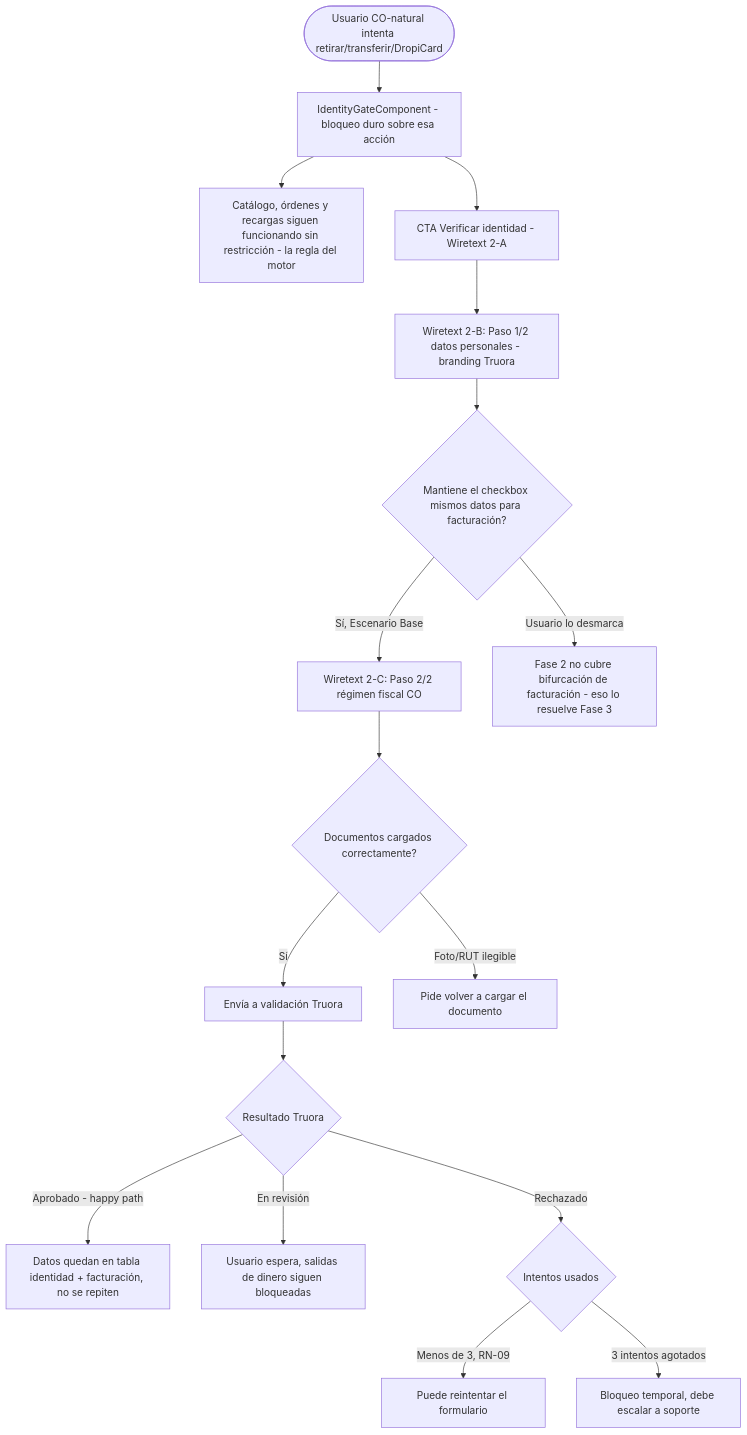
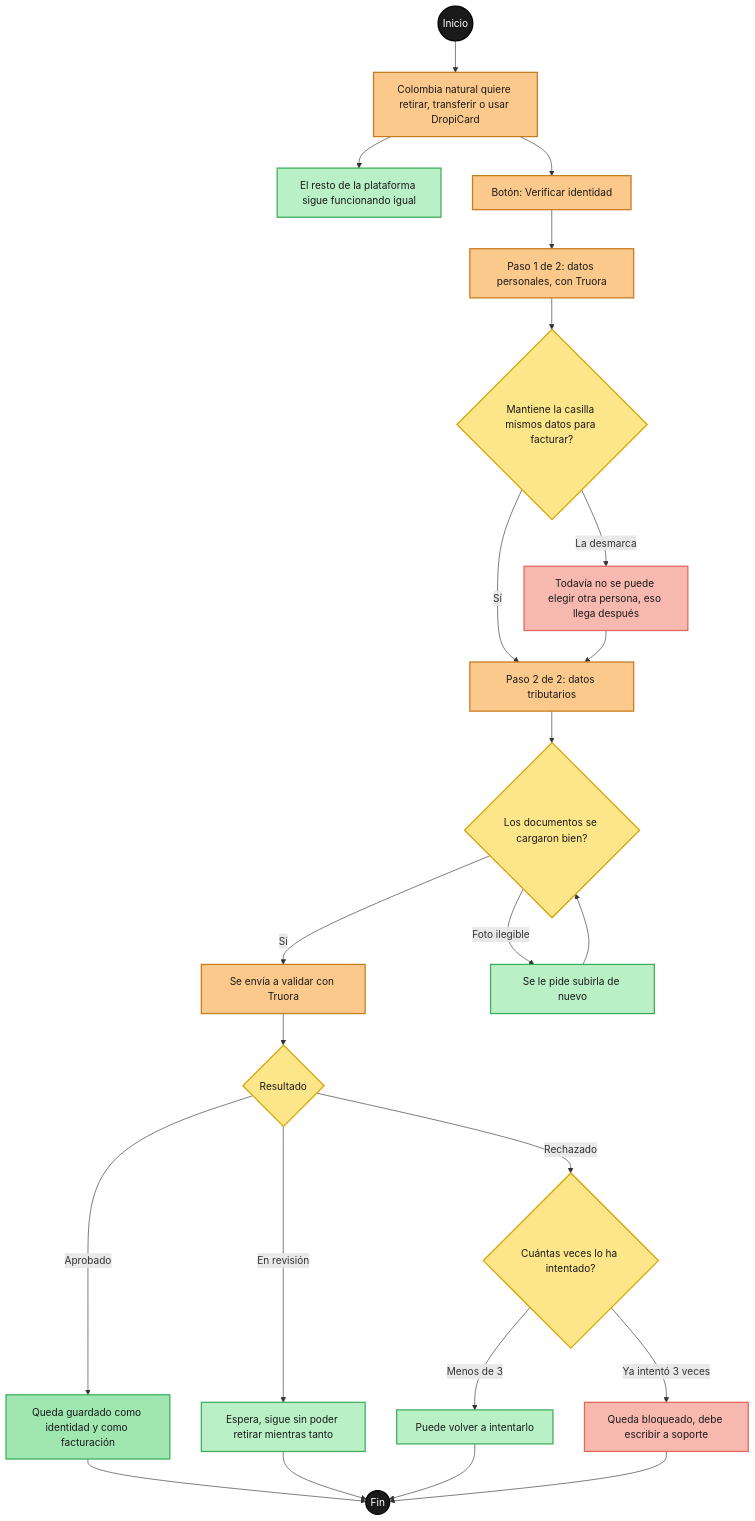
One commit to catalinagiraldo-gif/validacion-identidad changed the fifth of 8 diagrams in docs/validacion/Plan2.md. Above: the diagram before and after it, drawn with Mermaid. The commit also changed other lines of this file, not shown here.

Commit message:
code mermaid

````diff
--- a/docs/validacion/Plan2.md
+++ b/docs/validacion/Plan2.md
@@ -406,19 +467,39 @@
 ```mermaid
 flowchart TD
-    START([Usuario CO-natural intenta retirar/transferir/DropiCard]) --> GATE[IdentityGateComponent - bloqueo duro sobre esa acción]
-    GATE --> REST[Catálogo, órdenes y recargas siguen funcionando sin restricción - la regla del motor]
-    GATE --> CTA[CTA Verificar identidad - Wiretext 2-A]
-    CTA --> FORM1[Wiretext 2-B: Paso 1/2 datos personales - branding Truora]
-    FORM1 --> CHECKBOX{Mantiene el checkbox mismos datos para facturación?}
-    CHECKBOX -->|Sí, Escenario Base| FORM2[Wiretext 2-C: Paso 2/2 régimen fiscal CO]
-    CHECKBOX -->|Usuario lo desmarca| NOTE[Fase 2 no cubre bifurcación de facturación - eso lo resuelve Fase 3]
-    FORM2 --> DOCS{Documentos cargados correctamente?}
-    DOCS -->|Sí| SUBMIT[Envía a validación Truora]
-    DOCS -->|Foto/RUT ilegible| RETRYDOC[Pide volver a cargar el documento]
-    SUBMIT --> RESULT{Resultado Truora}
-    RESULT -->|Aprobado - happy path| SAVE[Datos quedan en tabla identidad + facturación, no se repiten]
-    RESULT -->|En revisión| REVIEW[Usuario espera, salidas de dinero siguen bloqueadas]
-    RESULT -->|Rechazado| REJECT{Intentos usados}
-    REJECT -->|Menos de 3, RN-09| RETRYFORM[Puede reintentar el formulario]
-    REJECT -->|3 intentos agotados| LOCKOUT[Bloqueo temporal, debe escalar a soporte]
+    classDef inicioFin fill:#1a1a1a,stroke:#000000,color:#ffffff,stroke-width:2px
+    classDef pantalla fill:#b9f0c6,stroke:#3fae5c,color:#1a1a1a,stroke-width:2px
+    classDef pantallaNueva fill:#fbc98b,stroke:#c77b1e,color:#1a1a1a,stroke-width:2px
+    classDef decision fill:#fde58a,stroke:#d9a400,color:#1a1a1a,stroke-width:2px
+    classDef si fill:#9fe6b0,stroke:#3fae5c,color:#1a1a1a,stroke-width:2px
+    classDef no fill:#f7b8b0,stroke:#e0685a,color:#1a1a1a,stroke-width:2px
+
+    START((Inicio)) --> GATE[Colombia natural quiere retirar, transferir o usar DropiCard]
+    GATE --> REST[El resto de la plataforma sigue funcionando igual]
+    GATE --> CTA[Botón: Verificar identidad]
+    CTA --> FORM1[Paso 1 de 2: datos personales, con Truora]
+    FORM1 --> CHECKBOX{Mantiene la casilla mismos datos para facturar?}
+    CHECKBOX -->|Sí| FORM2[Paso 2 de 2: datos tributarios]
+    CHECKBOX -->|La desmarca| NOTE[Todavía no se puede elegir otra persona, eso llega después]
+    FORM2 --> DOCS{Los documentos se cargaron bien?}
+    DOCS -->|Sí| SUBMIT[Se envía a validar con Truora]
+    DOCS -->|Foto ilegible| RETRYDOC[Se le pide subirla de nuevo]
+    SUBMIT --> RESULT{Resultado}
+    RESULT -->|Aprobado| SAVE[Queda guardado como identidad y como facturación]
+    RESULT -->|En revisión| REVIEW[Espera, sigue sin poder retirar mientras tanto]
+    RESULT -->|Rechazado| REJECT{Cuántas veces lo ha intentado?}
+    REJECT -->|Menos de 3| RETRYFORM[Puede volver a intentarlo]
+    REJECT -->|Ya intentó 3 veces| LOCKOUT[Queda bloqueado, debe escribir a soporte]
+    NOTE --> FORM2
+    RETRYDOC --> DOCS
+    SAVE --> FIN((Fin))
+    REVIEW --> FIN
+    RETRYFORM --> FIN
+    LOCKOUT --> FIN
+
+    class START,FIN inicioFin
+    class CHECKBOX,DOCS,RESULT,REJECT decision
+    class REST,REVIEW,RETRYFORM,RETRYDOC pantalla
+    class GATE,CTA,FORM1,FORM2,SUBMIT pantallaNueva
+    class SAVE si
+    class NOTE,LOCKOUT no
 ```
````
